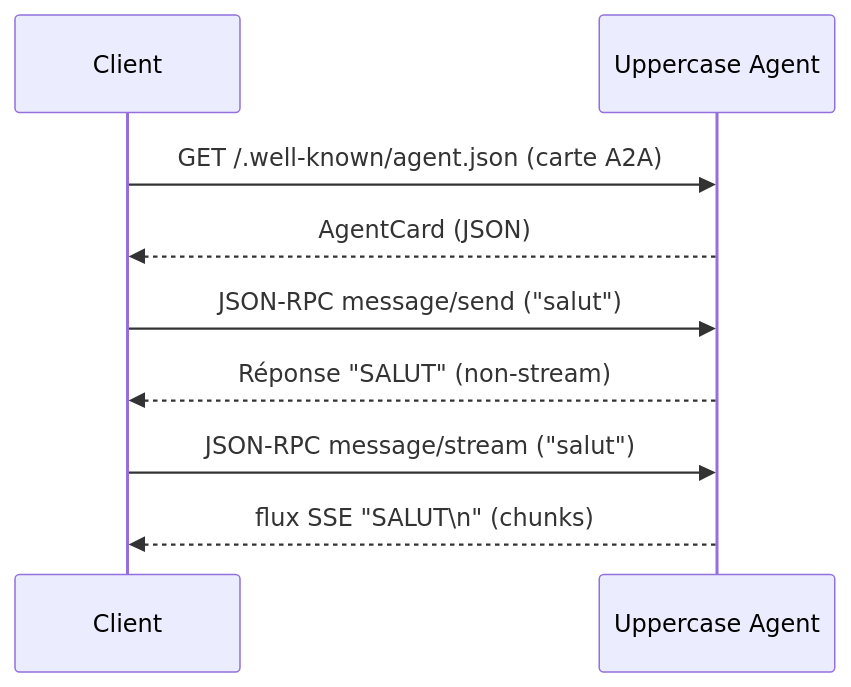
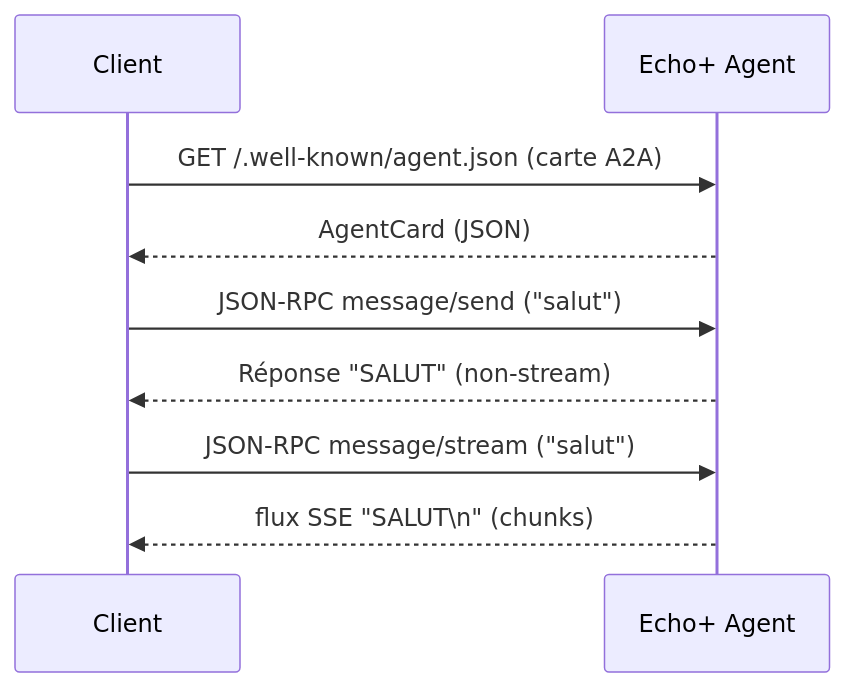
Before and after one commit to LL-IT-Software-Computer/a2a_project: the diagram in README.md, drawn with Mermaid. The commit also changed other lines of this file and 3 other files, not shown here.

Commit message:
Add Echo+ agent with style options and simple context memory

````diff
--- a/README.md
+++ b/README.md
@@ -14,14 +14,14 @@
 ```mermaid
 sequenceDiagram
     participant Client
-    participant AgentServer as Uppercase Agent
+    participant AgentServer as Echo+ Agent
 
     Client->>AgentServer: GET /.well‑known/agent.json (carte A2A)
     AgentServer-->>Client: AgentCard (JSON)
 
     Client->>AgentServer: JSON‑RPC message/send ("salut")
     AgentServer-->>Client: Réponse "SALUT" (non‑stream)
 
     Client->>AgentServer: JSON‑RPC message/stream ("salut")
     AgentServer-->>Client: flux SSE "SALUT\n" (chunks)
 ```
````
